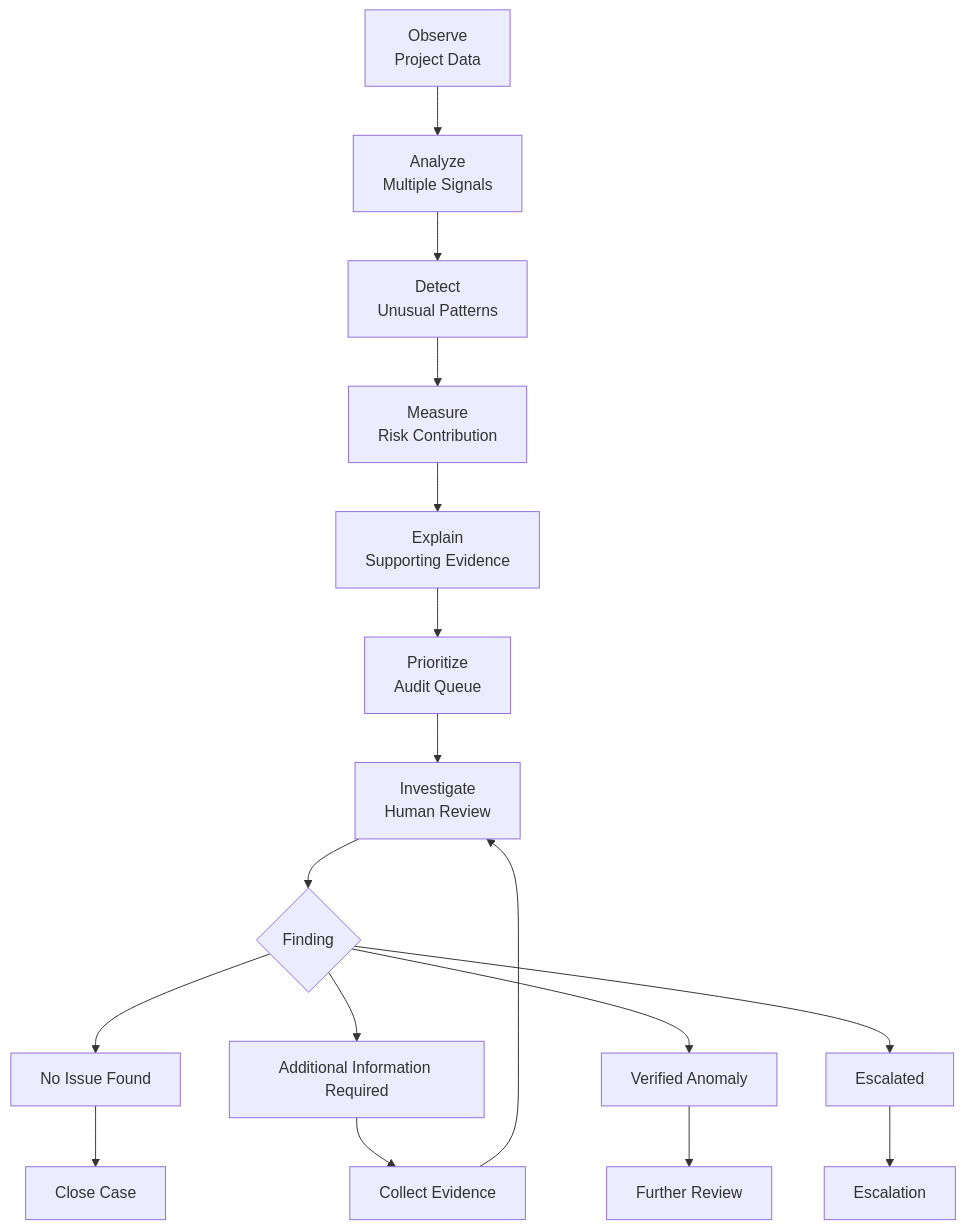
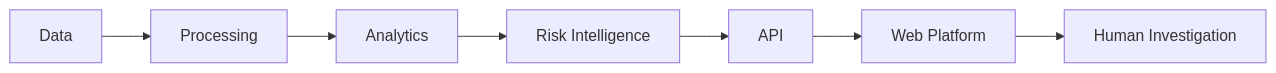
One commit to the-nidhi-bhat/mplads-sentinel changed diagram 17 of 32 in README.md. Above: the diagram before and after it, drawn with Mermaid. The commit also changed other lines of this file, not shown here.

````diff
--- a/README.md
+++ b/README.md
@@ -1310,30 +819,16 @@
 ```mermaid
-flowchart TD
+flowchart LR
 
-    A["Observe<br/>Project Data"]
-    --> B["Analyze<br/>Multiple Signals"]
+    A["Data"]
+    --> B["Processing"]
 
-    B --> C["Detect<br/>Unusual Patterns"]
+    B --> C["Analytics"]
 
-    C --> D["Measure<br/>Risk Contribution"]
+    C --> D["Risk Intelligence"]
 
-    D --> E["Explain<br/>Supporting Evidence"]
+    D --> E["API"]
 
-    E --> F["Prioritize<br/>Audit Queue"]
+    E --> F["Web Platform"]
 
-    F --> G["Investigate<br/>Human Review"]
-
-    G --> H{"Finding"}
-
-    H --> I["No Issue Found"]
-    H --> J["Additional Information Required"]
-    H --> K["Verified Anomaly"]
-    H --> L["Escalated"]
-
-    I --> M["Close Case"]
-    J --> N["Collect Evidence"]
-    K --> O["Further Review"]
-    L --> P["Escalation"]
-
-    N --> G
+    F --> G["Human Investigation"]
 ```
````
